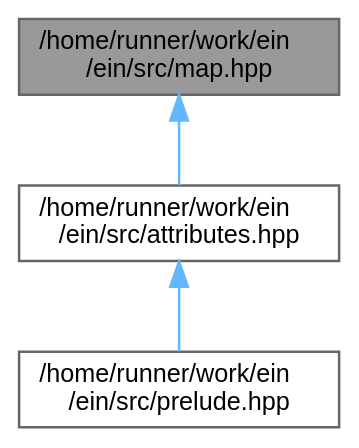
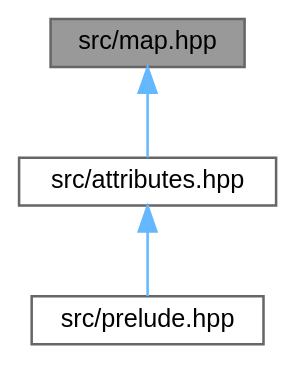
The diagram in d5/de2/map_8hpp__dep__incl.dot (ekmett/ein), drawn with Graphviz before and after one commit. The commit also changed 79 other files, not shown here.

```diff
--- a/d5/de2/map_8hpp__dep__incl.dot
+++ b/d5/de2/map_8hpp__dep__incl.dot
@@ -1,12 +1,12 @@
-digraph "/home/runner/work/ein/ein/src/map.hpp"
+digraph "src/map.hpp"
 {
  // LATEX_PDF_SIZE
   bgcolor="transparent";
   edge [fontname=Helvetica,fontsize=10,labelfontname=Helvetica,labelfontsize=10];
   node [fontname=Helvetica,fontsize=10,shape=box,height=0.2,width=0.4];
-  Node1 [id="Node000001",label="/home/runner/work/ein\l/ein/src/map.hpp",height=0.2,width=0.4,color="gray40", fillcolor="grey60", style="filled", fontcolor="black",tooltip=" "];
+  Node1 [id="Node000001",label="src/map.hpp",height=0.2,width=0.4,color="gray40", fillcolor="grey60", style="filled", fontcolor="black",tooltip=" "];
   Node1 -> Node2 [id="edge1_Node000001_Node000002",dir="back",color="steelblue1",style="solid",tooltip=" "];
-  Node2 [id="Node000002",label="/home/runner/work/ein\l/ein/src/attributes.hpp",height=0.2,width=0.4,color="grey40", fillcolor="white", style="filled",URL="$df/d6a/attributes_8hpp.html",tooltip="defines used to indicate useful attributes for the compiler"];
+  Node2 [id="Node000002",label="src/attributes.hpp",height=0.2,width=0.4,color="grey40", fillcolor="white", style="filled",URL="$df/d6a/attributes_8hpp.html",tooltip="defines used to indicate useful attributes for the compiler"];
   Node2 -> Node3 [id="edge2_Node000002_Node000003",dir="back",color="steelblue1",style="solid",tooltip=" "];
-  Node3 [id="Node000003",label="/home/runner/work/ein\l/ein/src/prelude.hpp",height=0.2,width=0.4,color="grey40", fillcolor="white", style="filled",URL="$de/d13/prelude_8hpp.html",tooltip="precompiled header"];
+  Node3 [id="Node000003",label="src/prelude.hpp",height=0.2,width=0.4,color="grey40", fillcolor="white", style="filled",URL="$de/d13/prelude_8hpp.html",tooltip="precompiled header"];
 }
```
